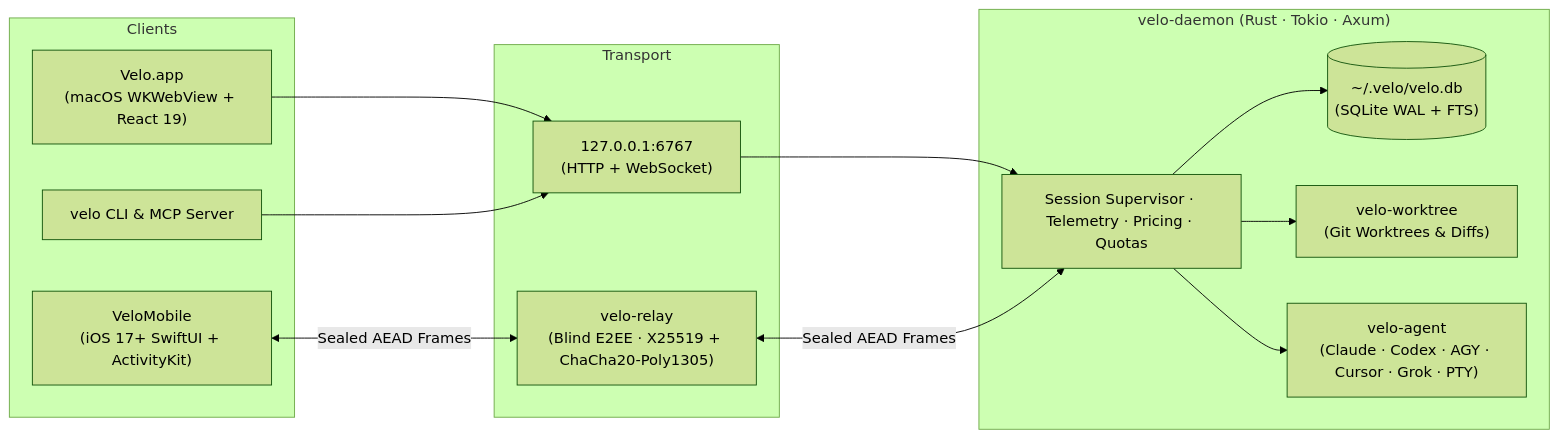
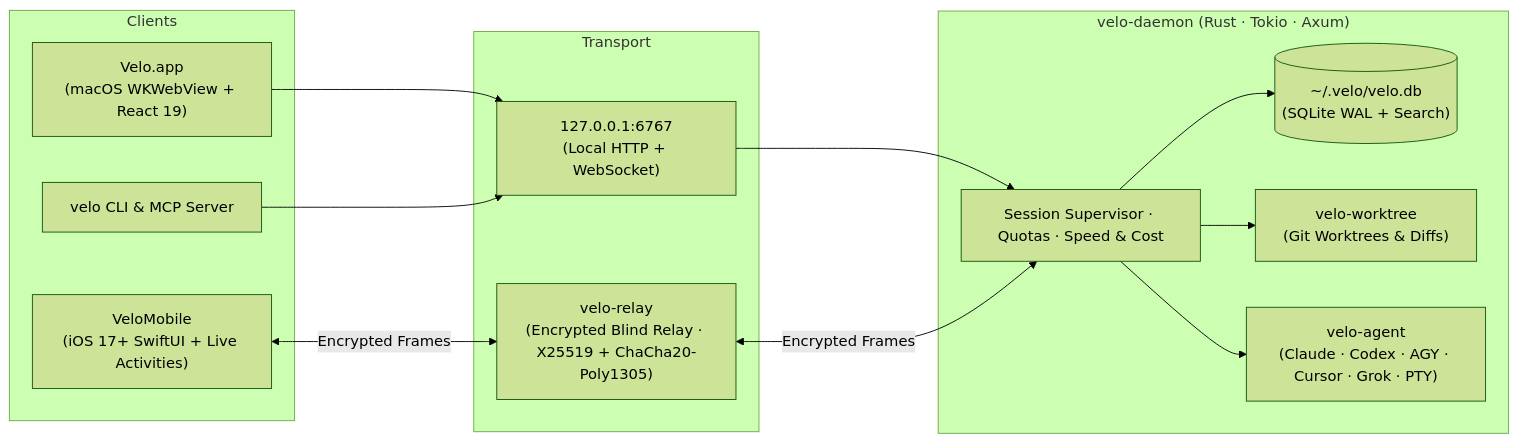
One commit to davaded/velo changed the diagram in README.md. Above: the diagram before and after it, drawn with Mermaid (forest theme). The commit also changed other lines of this file and 1 other file, not shown here.

````diff
--- a/README.md
+++ b/README.md
@@ -142,27 +150,27 @@
 ```mermaid
 flowchart LR
     subgraph Clients["Clients"]
         Mac["Velo.app\n(macOS WKWebView + React 19)"]
-        iOS["VeloMobile\n(iOS 17+ SwiftUI + ActivityKit)"]
+        iOS["VeloMobile\n(iOS 17+ SwiftUI + Live Activities)"]
         CLI["velo CLI & MCP Server"]
     end
 
     subgraph Transport["Transport"]
-        Local["127.0.0.1:6767\n(HTTP + WebSocket)"]
-        Relay["velo-relay\n(Blind E2EE · X25519 + ChaCha20-Poly1305)"]
+        Local["127.0.0.1:6767\n(Local HTTP + WebSocket)"]
+        Relay["velo-relay\n(Encrypted Blind Relay · X25519 + ChaCha20-Poly1305)"]
     end
 
     subgraph Core["velo-daemon (Rust · Tokio · Axum)"]
-        Supervisor["Session Supervisor · Telemetry · Pricing · Quotas"]
-        DB[("~/.velo/velo.db\n(SQLite WAL + FTS)")]
+        Supervisor["Session Supervisor · Quotas · Speed & Cost"]
+        DB[("~/.velo/velo.db\n(SQLite WAL + Search)")]
         WT["velo-worktree\n(Git Worktrees & Diffs)"]
         Agents["velo-agent\n(Claude · Codex · AGY · Cursor · Grok · PTY)"]
     end
 
     Mac --> Local --> Supervisor
     CLI --> Local
-    iOS <-->|"Sealed AEAD Frames"| Relay <-->|"Sealed AEAD Frames"| Supervisor
+    iOS <-->|"Encrypted Frames"| Relay <-->|"Encrypted Frames"| Supervisor
     Supervisor --> DB
     Supervisor --> WT
     Supervisor --> Agents
 ```
````
